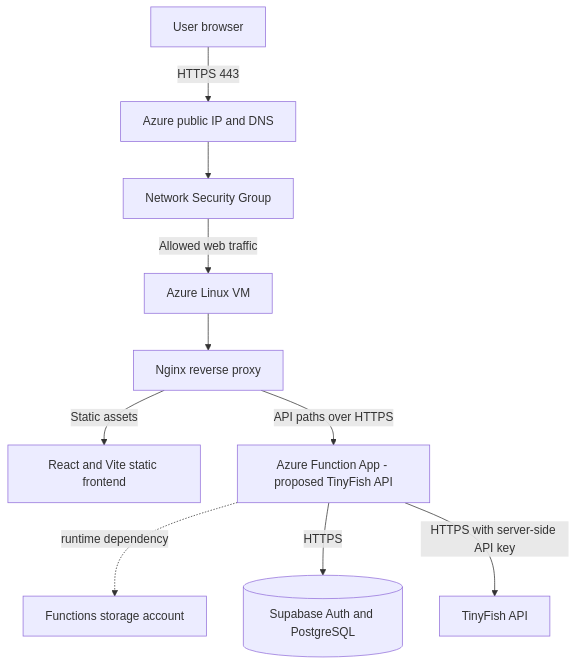
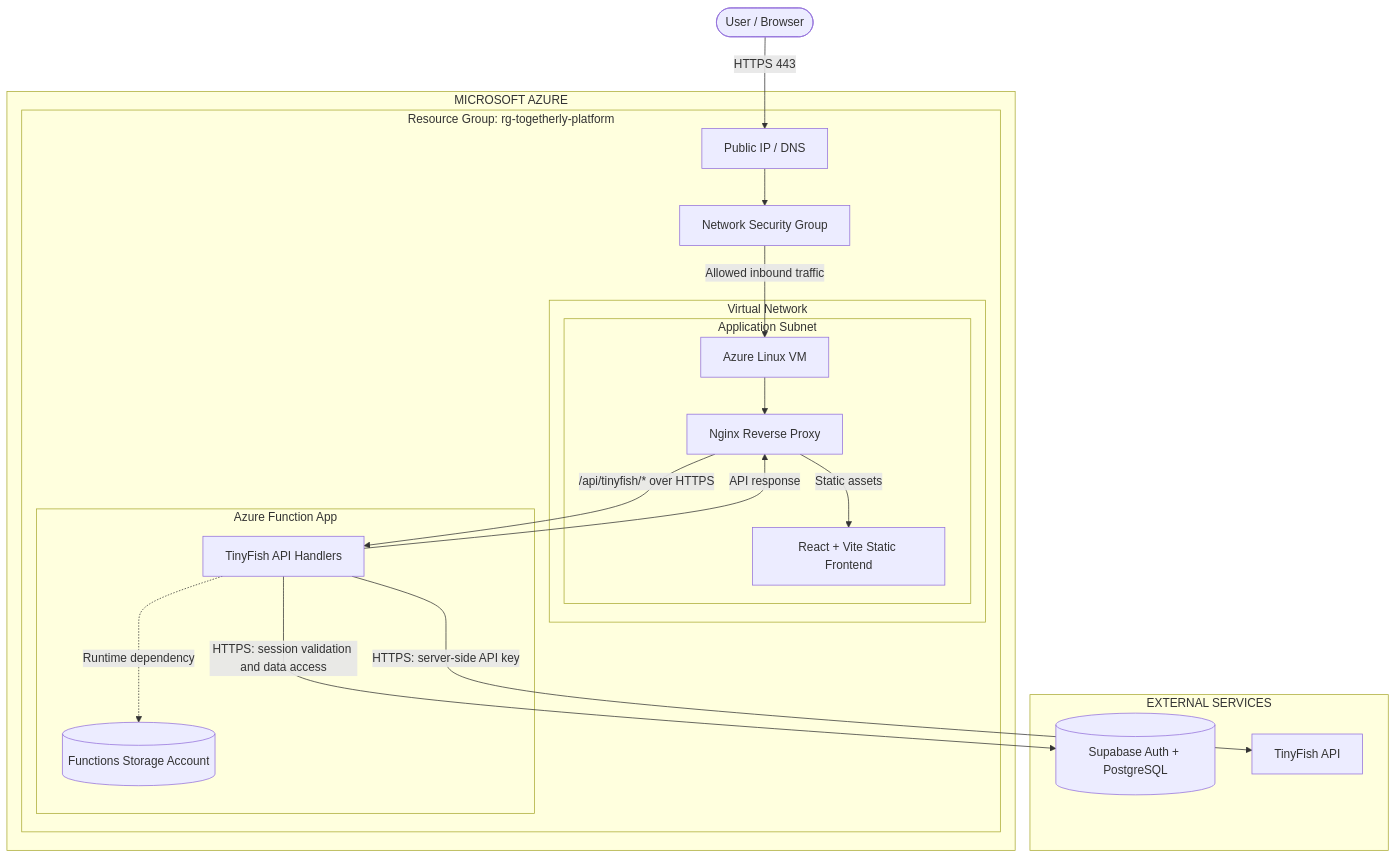
Before and after one commit to Faizankhan-cyber/togetherly-azure-platform: the diagram in docs/architecture/diagrams/v1-architecture.mmd, drawn with Mermaid.

Commit message:
docs: integrate V1 application and infrastructure architecture diagram

```diff
--- a/docs/architecture/diagrams/v1-architecture.mmd
+++ b/docs/architecture/diagrams/v1-architecture.mmd
@@ -1,21 +1,38 @@
 flowchart TB
-    U[User browser]
-    DNS[Azure public IP and DNS]
-    NSG[Network Security Group]
-    VM[Azure Linux VM]
-    NGINX[Nginx reverse proxy]
-    WEB[React and Vite static frontend]
-    FUNC[Azure Function App - proposed TinyFish API]
-    STORE[Functions storage account]
-    SB[(Supabase Auth and PostgreSQL)]
-    TF[TinyFish API]
+    USER(["User / Browser"])
 
-    U -->|HTTPS 443| DNS
-    DNS --> NSG
-    NSG -->|Allowed web traffic| VM
+    subgraph AZURE["MICROSOFT AZURE"]
+        subgraph RG["Resource Group: rg-togetherly-platform"]
+            PUBLIC["Public IP / DNS"]
+            NSG["Network Security Group"]
+
+            subgraph VNET["Virtual Network"]
+                subgraph SUBNET["Application Subnet"]
+                    VM["Azure Linux VM"]
+                    NGINX["Nginx Reverse Proxy"]
+                    FRONTEND["React + Vite Static Frontend"]
+                end
+            end
+
+            subgraph FUNCAPP["Azure Function App"]
+                FUNCTIONS["TinyFish API Handlers"]
+                STORAGE[("Functions Storage Account")]
+            end
+        end
+    end
+
+    subgraph EXTERNAL["EXTERNAL SERVICES"]
+        SUPABASE[("Supabase Auth + PostgreSQL")]
+        TINYFISH["TinyFish API"]
+    end
+
+    USER -->|"HTTPS 443"| PUBLIC
+    PUBLIC --> NSG
+    NSG -->|"Allowed inbound traffic"| VM
     VM --> NGINX
-    NGINX -->|Static assets| WEB
-    NGINX -->|API paths over HTTPS| FUNC
-    FUNC -. runtime dependency .-> STORE
-    FUNC -->|HTTPS| SB
-    FUNC -->|HTTPS with server-side API key| TF
+    NGINX -->|"Static assets"| FRONTEND
+    NGINX -->|"/api/tinyfish/* over HTTPS"| FUNCTIONS
+    FUNCTIONS -.->|"Runtime dependency"| STORAGE
+    FUNCTIONS -->|"HTTPS: session validation and data access"| SUPABASE
+    FUNCTIONS -->|"HTTPS: server-side API key"| TINYFISH
+    FUNCTIONS -->|"API response"| NGINX
```
